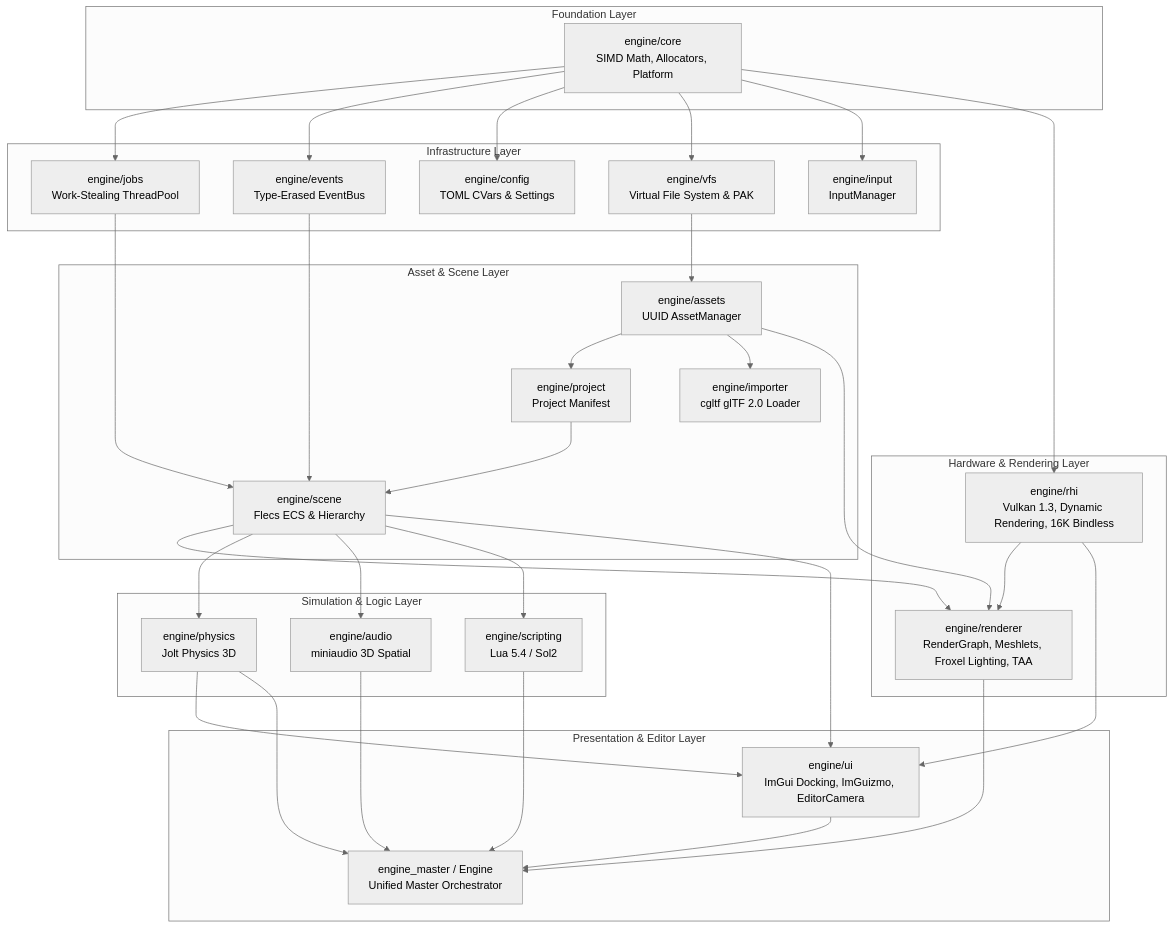
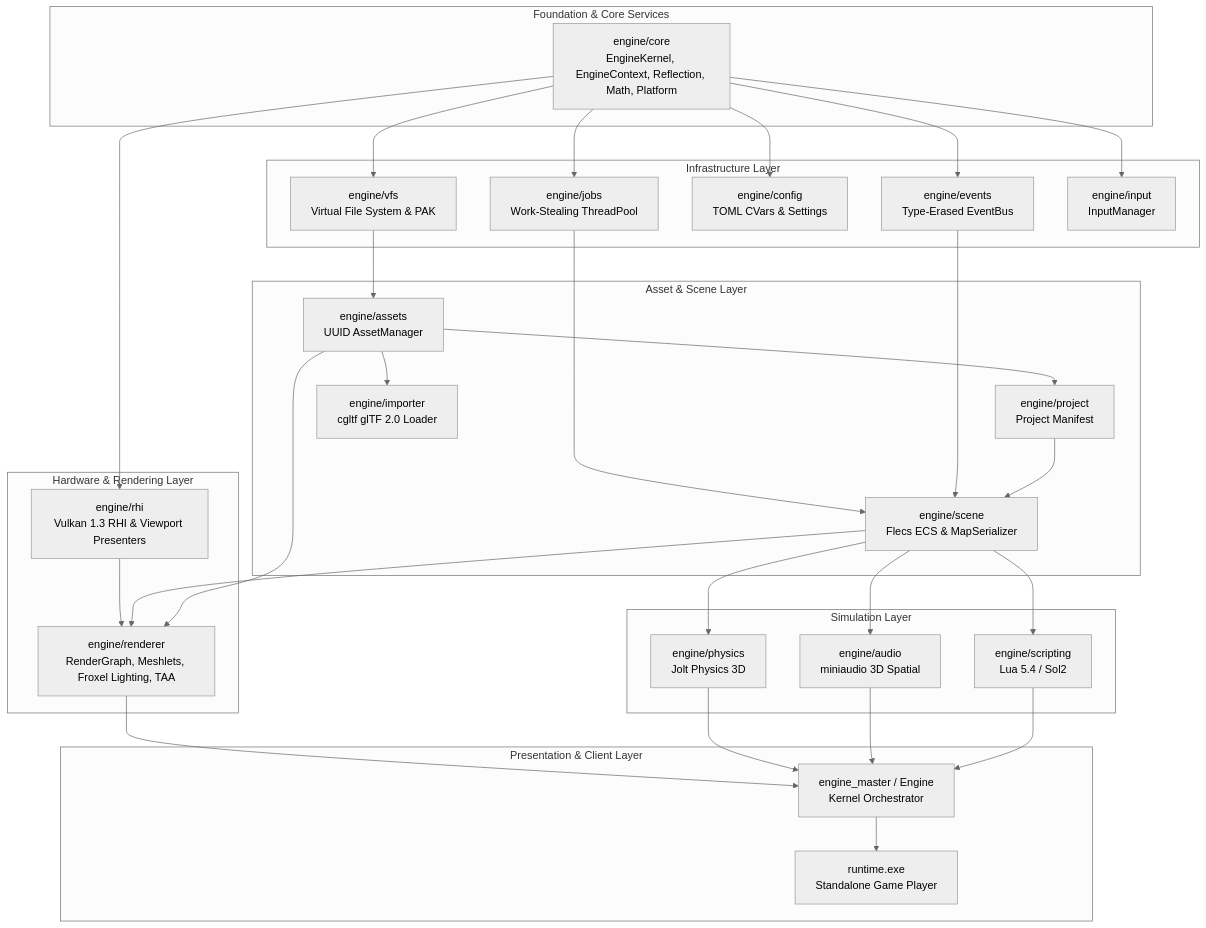
One commit to gxxtrp/custom-game-engine changed the diagram in docs/ARCHITECTURE.md. Above: the diagram before and after it, drawn with Mermaid (neutral theme). The commit also changed other lines of this file and 8 other files, not shown here.

````diff
--- a/docs/ARCHITECTURE.md
+++ b/docs/ARCHITECTURE.md
@@ -11,69 +11,66 @@
 ```mermaid
 graph TD
-    subgraph Foundation Layer
-        Core[engine/core<br/>SIMD Math, Allocators, Platform]
+    subgraph Foundation & Core Services
+        Core[engine/core<br/>EngineKernel, EngineContext, Reflection, Math, Platform]
     end
 
     subgraph Infrastructure Layer
         Jobs[engine/jobs<br/>Work-Stealing ThreadPool]
         Events[engine/events<br/>Type-Erased EventBus]
         Config[engine/config<br/>TOML CVars & Settings]
         VFS[engine/vfs<br/>Virtual File System & PAK]
         Input[engine/input<br/>InputManager]
     end
 
     subgraph Asset & Scene Layer
         Assets[engine/assets<br/>UUID AssetManager]
         Project[engine/project<br/>Project Manifest]
         Importer[engine/importer<br/>cgltf glTF 2.0 Loader]
-        Scene[engine/scene<br/>Flecs ECS & Hierarchy]
+        Scene[engine/scene<br/>Flecs ECS & MapSerializer]
     end
 
     subgraph Hardware & Rendering Layer
-        RHI[engine/rhi<br/>Vulkan 1.3, Dynamic Rendering, 16K Bindless]
+        RHI[engine/rhi<br/>Vulkan 1.3 RHI & Viewport Presenters]
         Renderer[engine/renderer<br/>RenderGraph, Meshlets, Froxel Lighting, TAA]
     end
 
-    subgraph Simulation & Logic Layer
+    subgraph Simulation Layer
         Physics[engine/physics<br/>Jolt Physics 3D]
         Audio[engine/audio<br/>miniaudio 3D Spatial]
         Scripting[engine/scripting<br/>Lua 5.4 / Sol2]
     end
 
-    subgraph Presentation & Editor Layer
-        UI[engine/ui<br/>ImGui Docking, ImGuizmo, EditorCamera]
-        Master[engine_master / Engine<br/>Unified Master Orchestrator]
+    subgraph Presentation & Client Layer
+        Master[engine_master / Engine<br/>Kernel Orchestrator]
+        Runtime[runtime.exe<br/>Standalone Game Player]
     end
 
     Core --> Jobs
     Core --> Events
     Core --> Config
     Core --> VFS
     Core --> Input
     Core --> RHI
 
     VFS --> Assets
     Assets --> Project
     Assets --> Importer
     Jobs --> Scene
     Events --> Scene
     Project --> Scene
 
     RHI --> Renderer
     Scene --> Renderer
     Assets --> Renderer
 
     Scene --> Physics
     Scene --> Audio
     Scene --> Scripting
 
-    RHI --> UI
-    Scene --> UI
-    Physics --> UI
-
     Renderer --> Master
     Physics --> Master
     Audio --> Master
     Scripting --> Master
-    UI --> Master
+
+    Master --> Runtime
 ```
````
